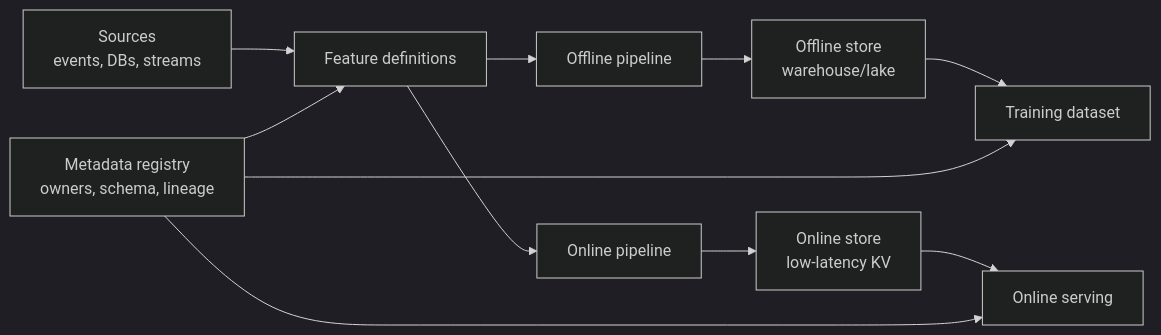
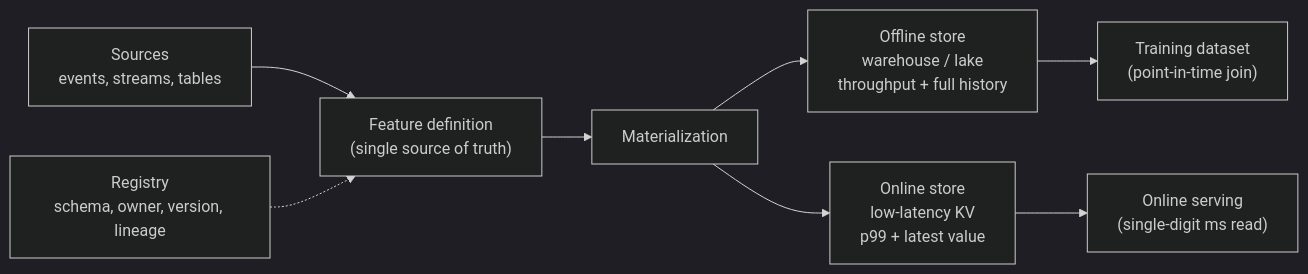
The diagram in 16-ml-systems/02-feature-stores.md (binarydevelop/system-design-patterns), drawn with Mermaid (dark theme) before and after one commit. The commit also changed other lines of this file and 5 other files, not shown here.

````diff
--- a/16-ml-systems/02-feature-stores.md
+++ b/16-ml-systems/02-feature-stores.md
@@ -33,16 +29,10 @@
 ```mermaid
 flowchart LR
-    SRC["Sources<br/>events, DBs, streams"] --> DEF["Feature definitions"]
-    DEF --> OFFPIPE["Offline pipeline"]
-    DEF --> ONPIPE["Online pipeline"]
-
-    OFFPIPE --> OFF["Offline store<br/>warehouse/lake"]
-    ONPIPE --> ON["Online store<br/>low-latency KV"]
-
-    OFF --> TRAIN["Training dataset"]
-    ON --> SERVE["Online serving"]
-
-    META["Metadata registry<br/>owners, schema, lineage"] --> DEF
-    META --> TRAIN
-    META --> SERVE
+    SRC["Sources<br/>events, streams, tables"] --> DEF["Feature definition<br/>(single source of truth)"]
+    DEF --> MAT["Materialization"]
+    MAT --> OFF["Offline store<br/>warehouse / lake<br/>throughput + full history"]
+    MAT --> ON["Online store<br/>low-latency KV<br/>p99 + latest value"]
+    OFF --> TRAIN["Training dataset<br/>(point-in-time join)"]
+    ON --> SERVE["Online serving<br/>(single-digit ms read)"]
+    REG["Registry<br/>schema, owner, version, lineage"] -.-> DEF
 ```
````
